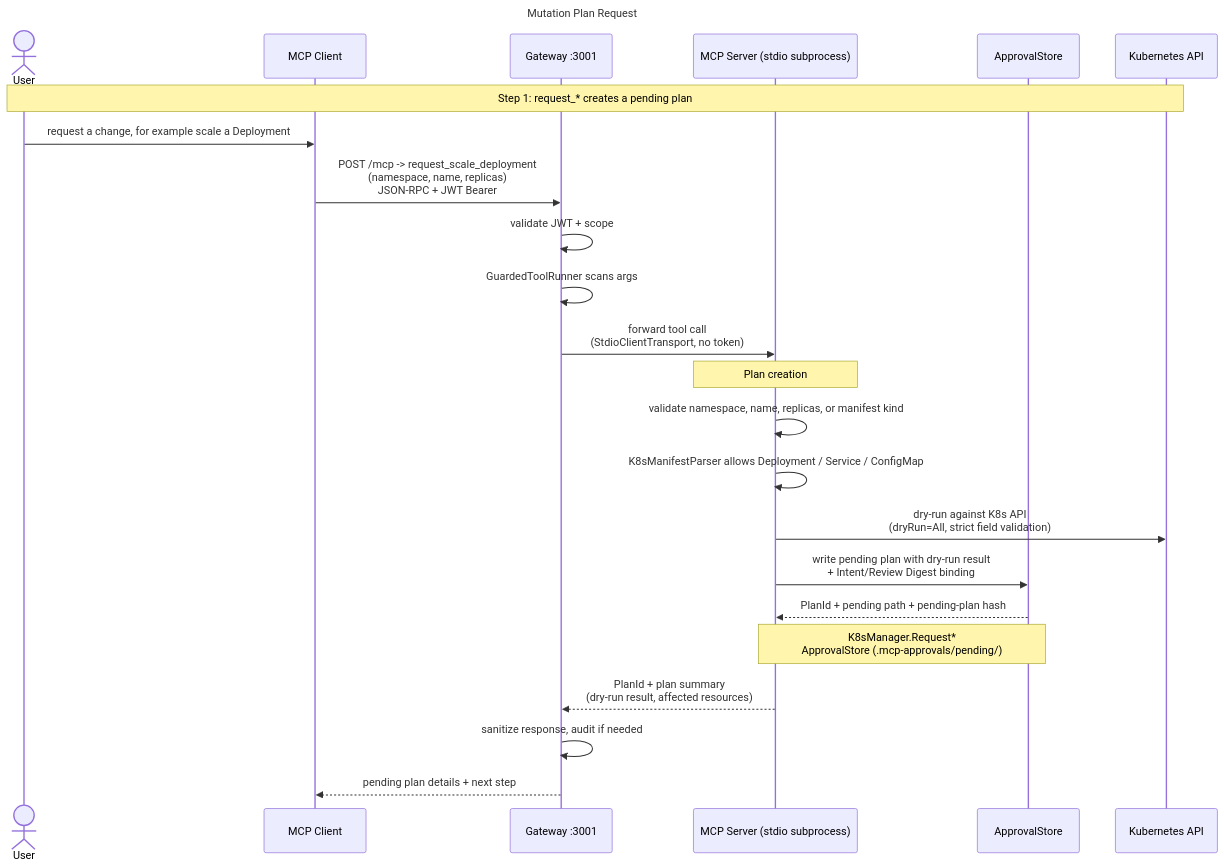
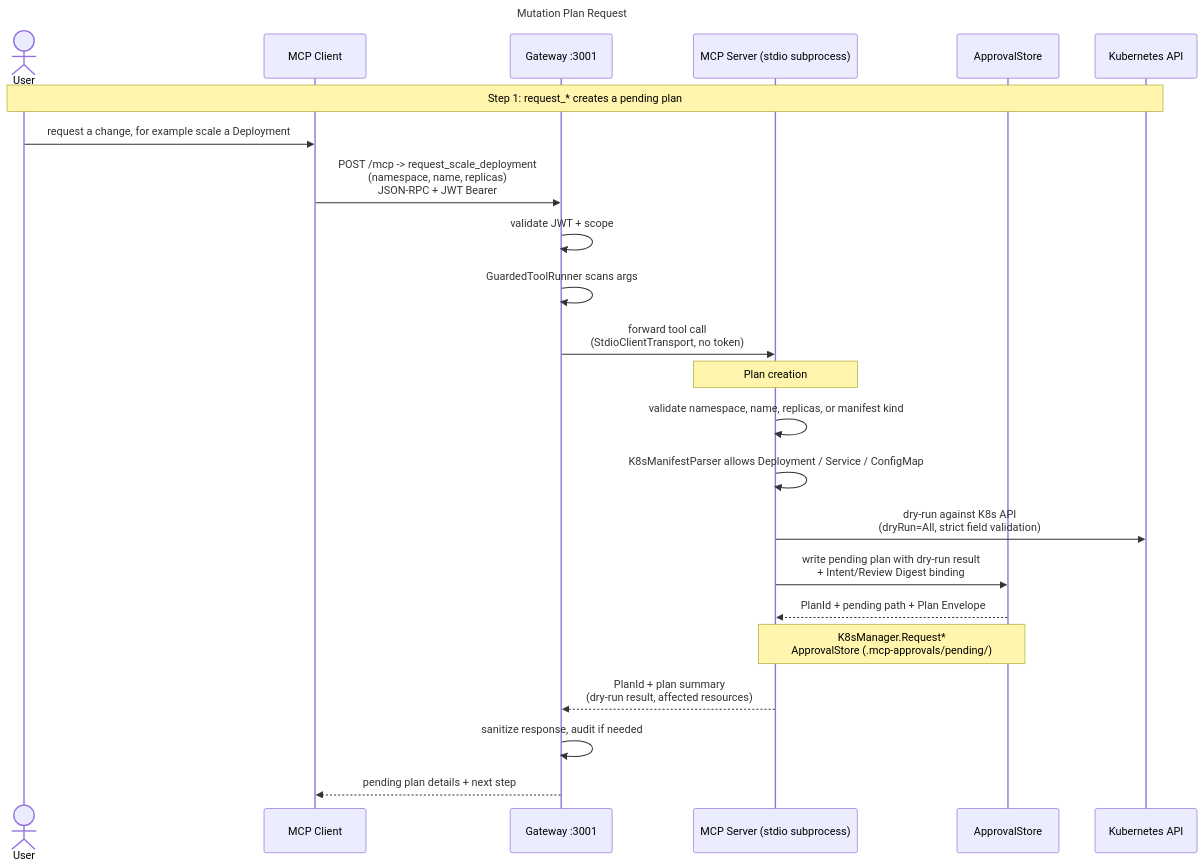
Before and after one commit to mirusser/Kubernetes-MCP-Guard: the fourth of 7 diagrams in docs/architecture.md, drawn with Mermaid. The commit also changed other lines of this file and 22 other files, not shown here.

````diff
--- a/docs/architecture.md
+++ b/docs/architecture.md
@@ -171,33 +183,33 @@
 ```mermaid
 ---
 title: Mutation Plan Request
 ---
 sequenceDiagram
     actor User
     participant Client as MCP Client
     participant GW as Gateway :3001
     participant Svr as MCP Server (stdio subprocess)
     participant Store as ApprovalStore
     participant K8s as Kubernetes API
 
     Note over User,K8s: Step 1: request_* creates a pending plan
 
     User->>Client: request a change, for example scale a Deployment
     Client->>GW: POST /mcp -> request_scale_deployment<br/>(namespace, name, replicas)<br/>JSON-RPC + JWT Bearer
 
     GW->>GW: validate JWT + scope
     GW->>GW: GuardedToolRunner scans args
     GW->>Svr: forward tool call<br/>(StdioClientTransport, no token)
 
     Note over Svr: Plan creation
     Svr->>Svr: validate namespace, name, replicas, or manifest kind
     Svr->>Svr: K8sManifestParser allows Deployment / Service / ConfigMap
     Svr->>K8s: dry-run against K8s API<br/>(dryRun=All, strict field validation)
     Svr->>Store: write pending plan with dry-run result<br/>+ Intent/Review Digest binding
-    Store-->>Svr: PlanId + pending path + pending-plan hash
+    Store-->>Svr: PlanId + pending path + Plan Envelope
     Note over Svr,Store: K8sManager.Request*<br/>ApprovalStore (.mcp-approvals/pending/)
     Svr-->>GW: PlanId + plan summary<br/>(dry-run result, affected resources)
 
     GW->>GW: sanitize response, audit if needed
     GW-->>Client: pending plan details + next step
 ```
````
